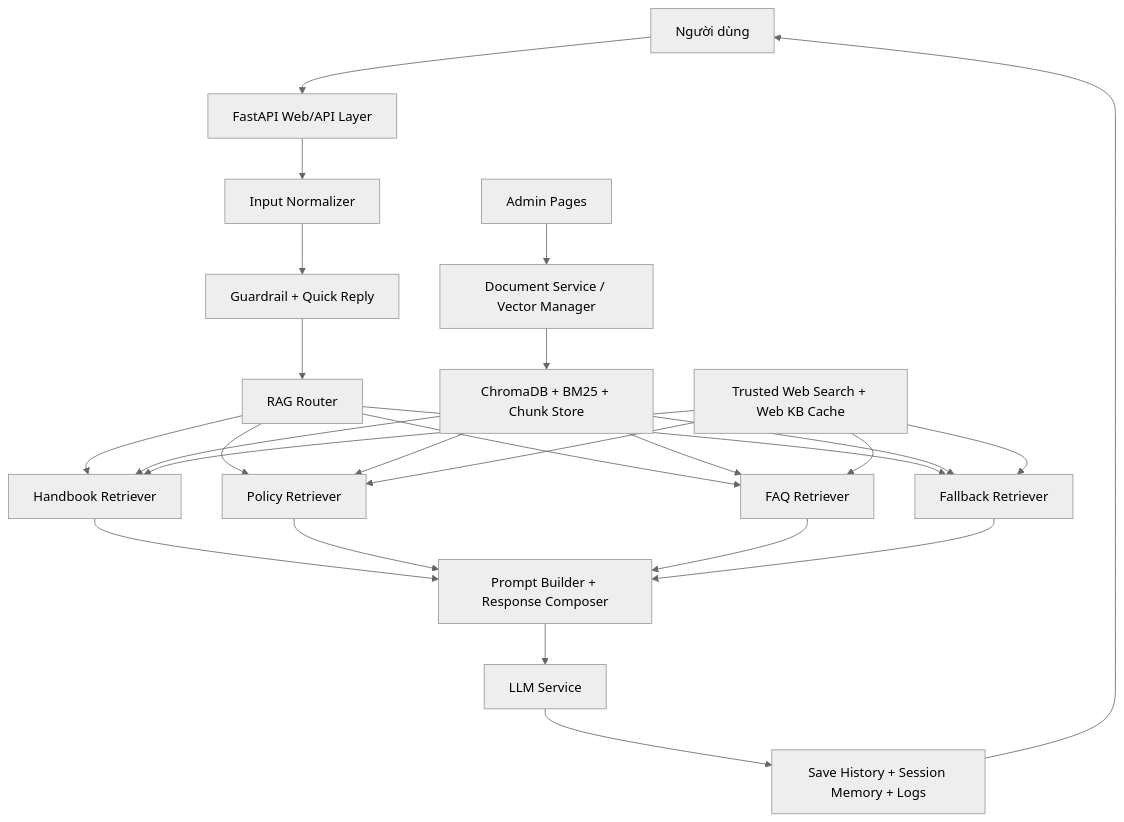
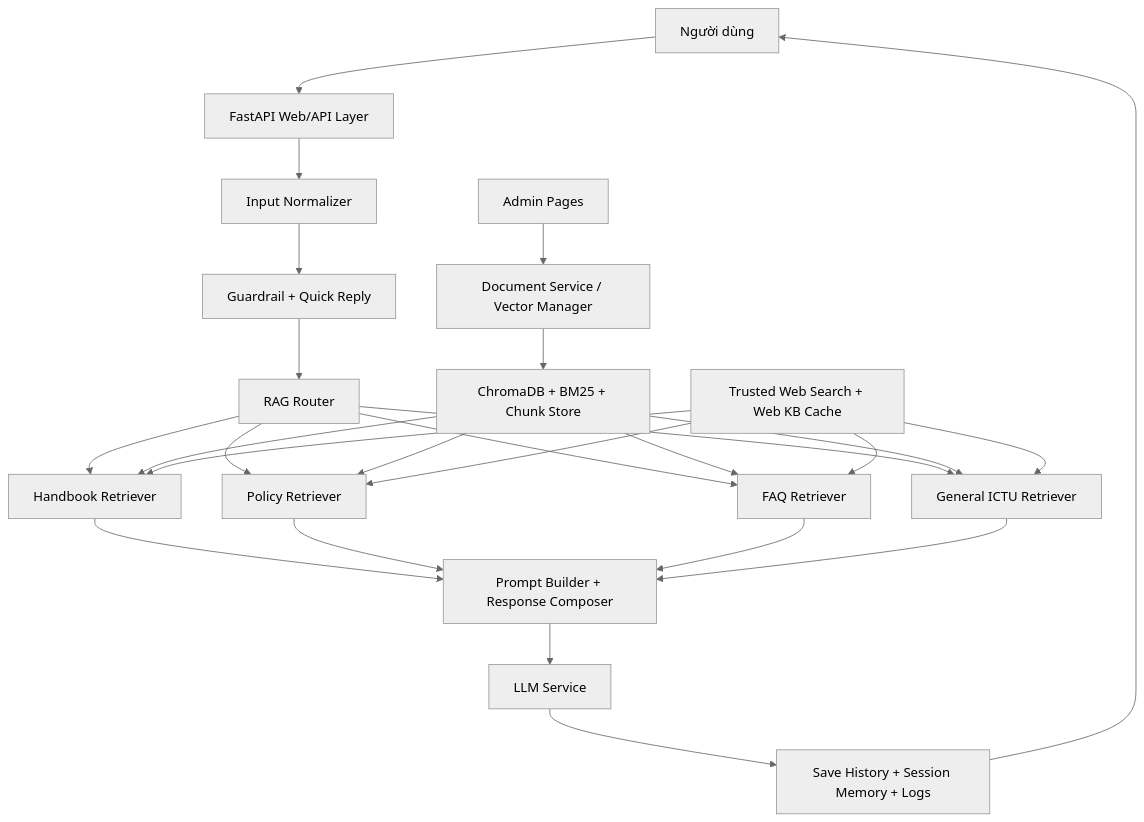
Before and after one commit to fury101004/Chatbotictu: the diagram in docs/ai_agent_design.md, drawn with Mermaid (neutral theme). The commit also changed other lines of this file and 65 other files, not shown here.

````diff
--- a/docs/ai_agent_design.md
+++ b/docs/ai_agent_design.md
@@ -48,28 +49,28 @@
 ```mermaid
 flowchart TD
     U["Người dùng"] --> I["FastAPI Web/API Layer"]
     I --> N["Input Normalizer"]
     N --> G["Guardrail + Quick Reply"]
     G --> R["RAG Router"]
     R --> H["Handbook Retriever"]
     R --> P["Policy Retriever"]
     R --> F["FAQ Retriever"]
-    R --> X["Fallback Retriever"]
+    R --> X["General ICTU Retriever"]
     H --> C["Prompt Builder + Response Composer"]
     P --> C
     F --> C
     X --> C
     C --> L["LLM Service"]
     L --> O["Save History + Session Memory + Logs"]
     O --> U
     A["Admin Pages"] --> M["Document Service / Vector Manager"]
     M --> V["ChromaDB + BM25 + Chunk Store"]
     V --> H
     V --> P
     V --> F
     V --> X
     W["Trusted Web Search + Web KB Cache"] --> H
     W --> P
     W --> F
     W --> X
 ```
````
